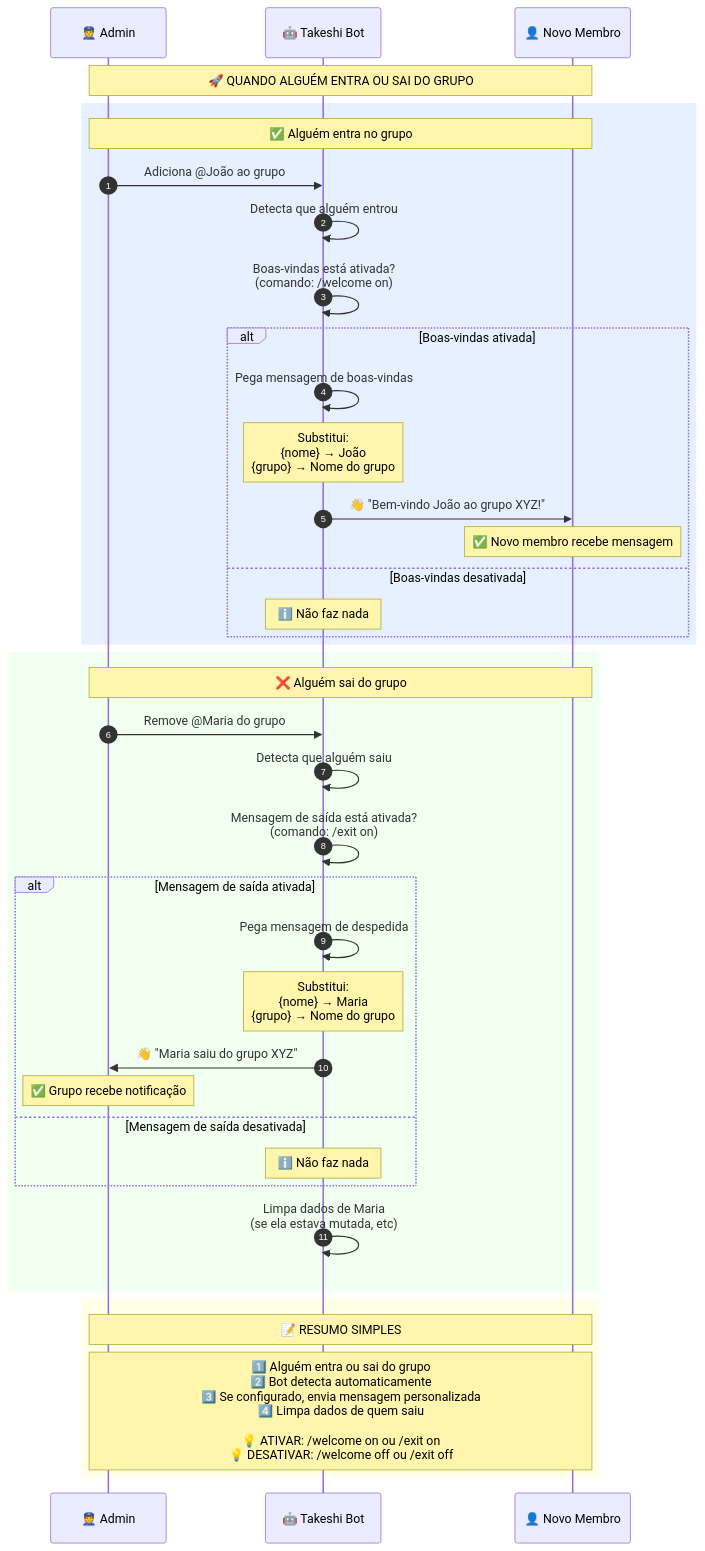
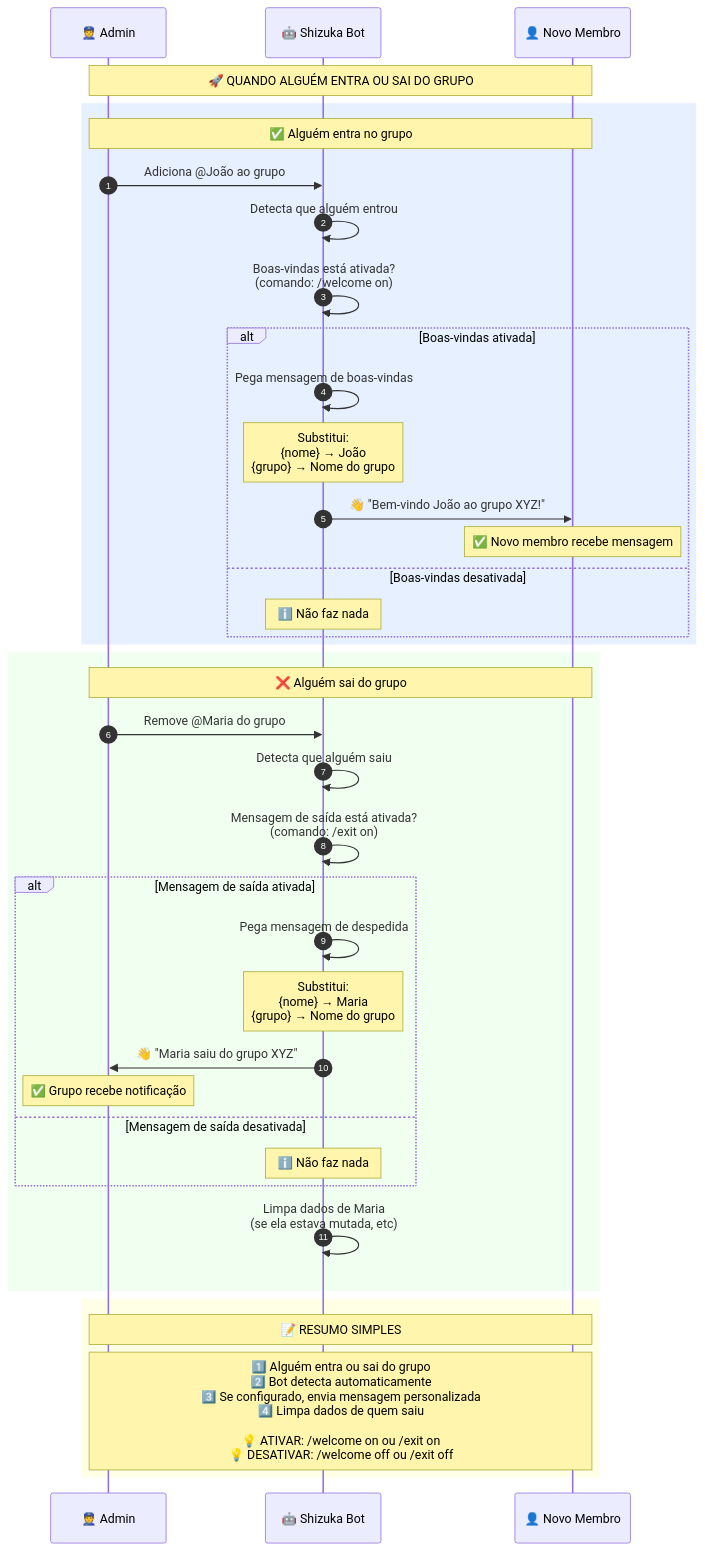
The diagram in diagrams/3-participant-lifecycle.mermaid (arieldavi236-tech/Bot), drawn with Mermaid before and after one commit. The commit also changed 32 other files, not shown here.

Commit message:
Rebrand do projeto para Shizuka Bot

```diff
--- a/diagrams/3-participant-lifecycle.mermaid
+++ b/diagrams/3-participant-lifecycle.mermaid
@@ -1,53 +1,53 @@
 sequenceDiagram
     autonumber
     participant Admin as 👮 Admin
-    participant Bot as 🤖 Takeshi Bot
+    participant Bot as 🤖 Shizuka Bot
     participant User as 👤 Novo Membro
 
     Note over Admin,User: 🚀 QUANDO ALGUÉM ENTRA OU SAI DO GRUPO
 
     %% ========== ALGUÉM ENTRA ==========
     rect rgb(230, 240, 255)
         Note over Admin,User: ✅ Alguém entra no grupo
         
         Admin->>Bot: Adiciona @João ao grupo
         Bot->>Bot: Detecta que alguém entrou
         
         Bot->>Bot: Boas-vindas está ativada?<br/>(comando: /welcome on)
         
         alt Boas-vindas ativada
             Bot->>Bot: Pega mensagem de boas-vindas
             Note over Bot: Substitui:<br/>{nome} → João<br/>{grupo} → Nome do grupo
             Bot->>User: 👋 "Bem-vindo João ao grupo XYZ!"
             Note over User: ✅ Novo membro recebe mensagem
         else Boas-vindas desativada
             Note over Bot: ℹ️ Não faz nada
         end
     end
 
     %% ========== ALGUÉM SAI ==========
     rect rgb(240, 255, 240)
         Note over Admin,User: ❌ Alguém sai do grupo
         
         Admin->>Bot: Remove @Maria do grupo
         Bot->>Bot: Detecta que alguém saiu
         
         Bot->>Bot: Mensagem de saída está ativada?<br/>(comando: /exit on)
         
         alt Mensagem de saída ativada
             Bot->>Bot: Pega mensagem de despedida
             Note over Bot: Substitui:<br/>{nome} → Maria<br/>{grupo} → Nome do grupo
             Bot->>Admin: 👋 "Maria saiu do grupo XYZ"
             Note over Admin: ✅ Grupo recebe notificação
         else Mensagem de saída desativada
             Note over Bot: ℹ️ Não faz nada
         end
         
         Bot->>Bot: Limpa dados de Maria<br/>(se ela estava mutada, etc)
     end
 
     %% ========== RESUMO ==========
     rect rgb(255, 255, 230)
         Note over Admin,User: 📝 RESUMO SIMPLES
         Note over Admin,User: 1️⃣ Alguém entra ou sai do grupo<br/>2️⃣ Bot detecta automaticamente<br/>3️⃣ Se configurado, envia mensagem personalizada<br/>4️⃣ Limpa dados de quem saiu<br/><br/>💡 ATIVAR: /welcome on ou /exit on<br/>💡 DESATIVAR: /welcome off ou /exit off
     end
```
